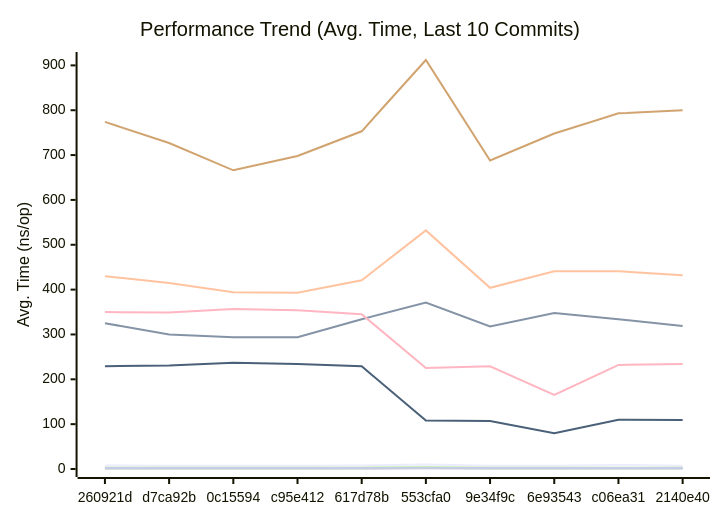
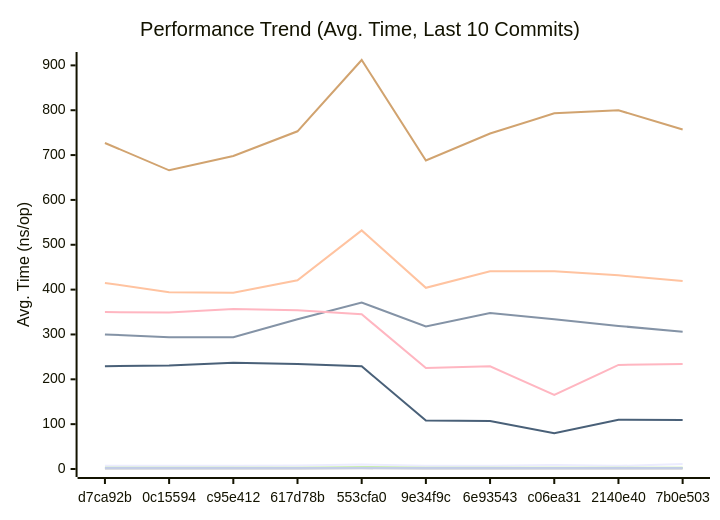
Before and after one commit to alsotoes/momo: the first of 3 diagrams in docs/PERFORMANCE.md, drawn with Mermaid. The commit also changed other lines of this file and 2 other files, not shown here.

````diff
--- a/docs/PERFORMANCE.md
+++ b/docs/PERFORMANCE.md
@@ -80,16 +80,16 @@
 ```mermaid
 xychart-beta
     title "Performance Trend (Avg. Time, Last 10 Commits)"
     x-axis "Commit"
     y-axis "Avg. Time (ns/op)"
-    x-axis [260921d,d7ca92b,0c15594,c95e412,617d78b,553cfa0,9e34f9c,6e93543,c06ea31,2140e40]
-    line "CheckMetricsAndSwap" [8,7,7,7,8,10,7,7,9,7]
-    line "CrushOptimized" [325,300,294,294,334,371,318,348,334,319]
-    line "CrushOriginal" [430,415,394,393,421,532,404,441,441,432]
-    line "IndexDirectTracking" [0,0,0,0,0,1,0,0,0,0]
-    line "IndexSearch" [3,3,3,3,3,4,3,3,3,3]
-    line "LoadGlobalConfig" [774,727,666,698,753,912,688,748,793,800]
+    x-axis [d7ca92b,0c15594,c95e412,617d78b,553cfa0,9e34f9c,6e93543,c06ea31,2140e40,7b0e503]
+    line "CheckMetricsAndSwap" [7,7,7,8,10,7,7,9,7,11]
+    line "CrushOptimized" [300,294,294,334,371,318,348,334,319,306]
+    line "CrushOriginal" [415,394,393,421,532,404,441,441,432,419]
+    line "IndexDirectTracking" [0,0,0,0,1,0,0,0,0,0]
+    line "IndexSearch" [3,3,3,3,4,3,3,3,3,3]
+    line "LoadGlobalConfig" [727,666,698,753,912,688,748,793,800,757]
     line "PadString" [2,2,2,2,2,2,2,2,2,2]
     line "ParseReplicationOrder_NoPrealloc" [350,349,357,354,345,225,229,165,232,234]
     line "ParseReplicationOrder_Prealloc" [229,231,237,234,229,108,107,80,110,109]
 ```
````
